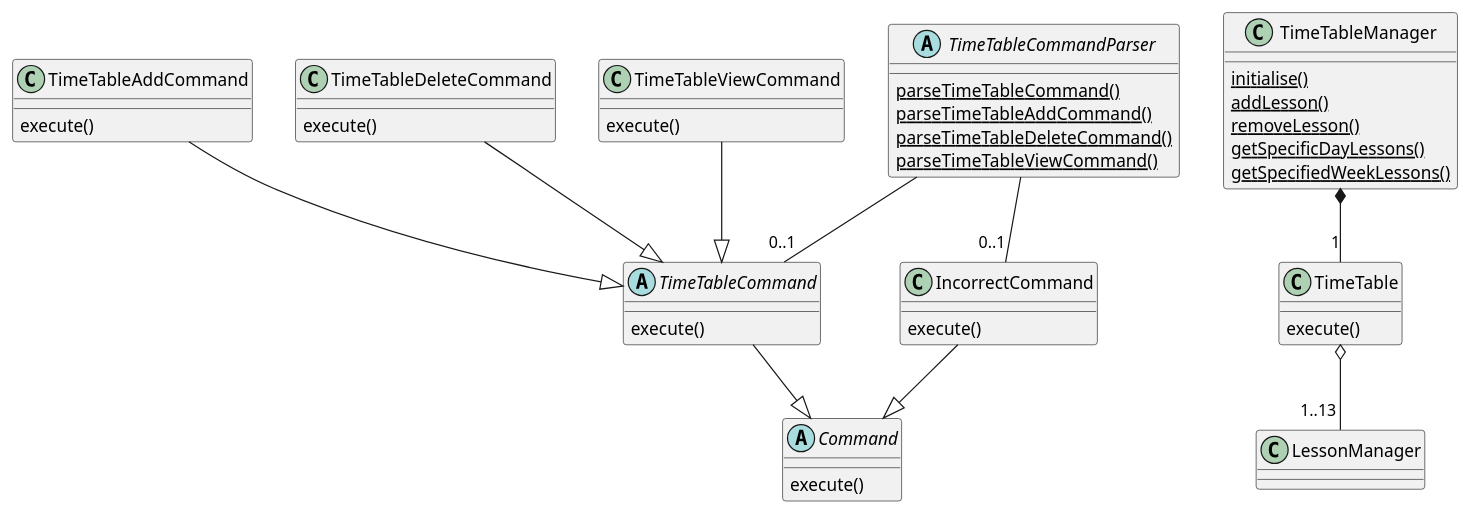
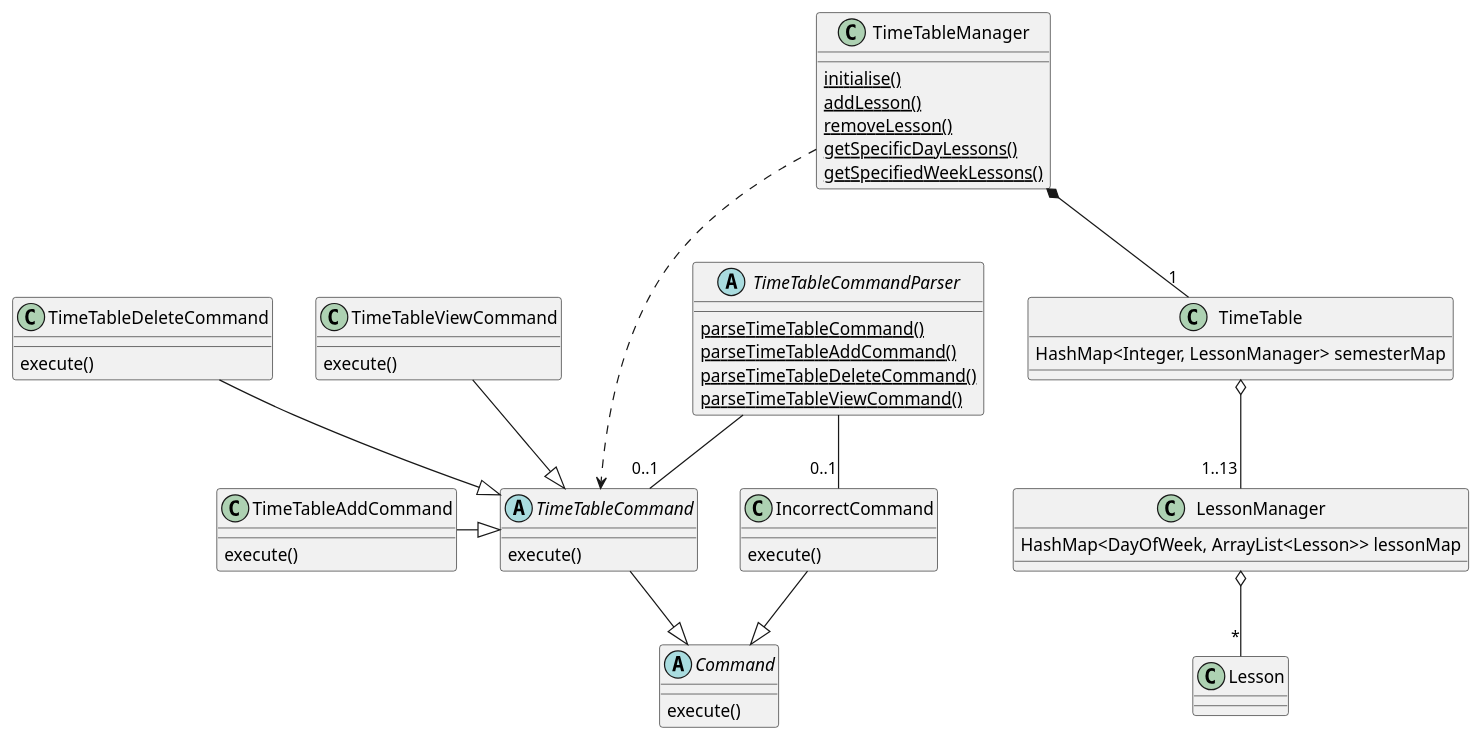
Before and after one commit to wangqinNick/tp: the diagram in docs/diagrams/UML/TimeTableClassDiagram.puml, drawn with PlantUML. The commit also changed 4 other files, not shown here.

Commit message:
Amend CommandClassDiagram, TimeTableClassDiagram

```diff
--- a/docs/diagrams/UML/TimeTableClassDiagram.puml
+++ b/docs/diagrams/UML/TimeTableClassDiagram.puml
@@ -1,63 +1,70 @@
 @startuml
 class TimeTableAddCommand
 class TimeTableDeleteCommand
 class TimeTableViewCommand
-class LessonManager
+class Lesson
 
 abstract class TimeTableCommandParser {
     {static} parseTimeTableCommand()
     {static} parseTimeTableAddCommand()
     {static} parseTimeTableDeleteCommand()
     {static} parseTimeTableViewCommand()
 }
 
 abstract class TimeTableCommand {
     execute()
 }
 
 abstract class Command {
     execute()
 }
 
 class TimeTable {
-    execute()
+    HashMap<Integer, LessonManager> semesterMap
 }
 
 class TimeTableAddCommand {
     execute()
 }
 
 class TimeTableViewCommand {
     execute()
 }
 
 class TimeTableDeleteCommand {
     execute()
 }
 
 class IncorrectCommand {
     execute()
 }
 
+class LessonManager {
+    HashMap<DayOfWeek, ArrayList<Lesson>> lessonMap
+}
+
 class TimeTableManager {
     {static} initialise()
     {static} addLesson()
     {static} removeLesson()
     {static} getSpecificDayLessons()
     {static} getSpecifiedWeekLessons()
 }
 
 TimeTableCommand --|> Command
 IncorrectCommand --|> Command
 
 TimeTableCommandParser -- "0..1" TimeTableCommand
 TimeTableCommandParser -- "0..1" IncorrectCommand
 
-TimeTableAddCommand --|> TimeTableCommand
+TimeTableAddCommand -|> TimeTableCommand
 TimeTableDeleteCommand --|> TimeTableCommand
 TimeTableViewCommand --|> TimeTableCommand
 TimeTableManager *-- "1" TimeTable
 TimeTable o-- "1..13" LessonManager
+LessonManager o-- "*" Lesson
+
+TimeTableManager ...> TimeTableCommand
 
 
 @enduml
```
